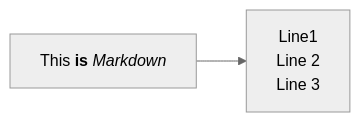
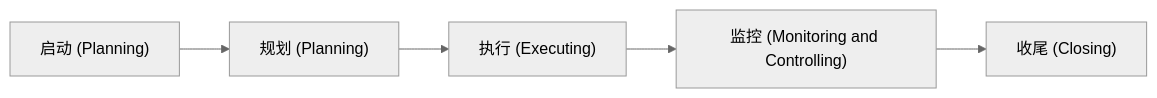
Before and after one commit to shaozelian/shaozelian.github.io: the diagram in _posts/2025-06-01-PMP.md, drawn with Mermaid (neutral theme). The commit also changed other lines of this file, not shown here.

Commit message:
mermaid 1

````diff
--- a/_posts/2025-06-01-PMP.md
+++ b/_posts/2025-06-01-PMP.md
@@ -17,10 +17,15 @@
 ```mermaid
 %%{init: {"flowchart": {"htmlLabels": false}} }%%
 flowchart LR
-    markdown["`This **is** _Markdown_`"]
-    newLines["`Line1
-    Line 2
-    Line 3`"]
-    markdown --> newLines
+    Initiating["`启动 (Planning)`"]
+    Planning["`规划 (Planning)`"]
+    Executing["`执行 (Executing)`"]
+    Monitoring["`监控 (Monitoring and Controlling)`"]
+    Closing["`收尾 (Closing)`"]
+
+    Initiating --> Planning
+    Planning --> Executing
+    Executing --> Monitoring
+    Monitoring --> Closing
 
 ```
````
